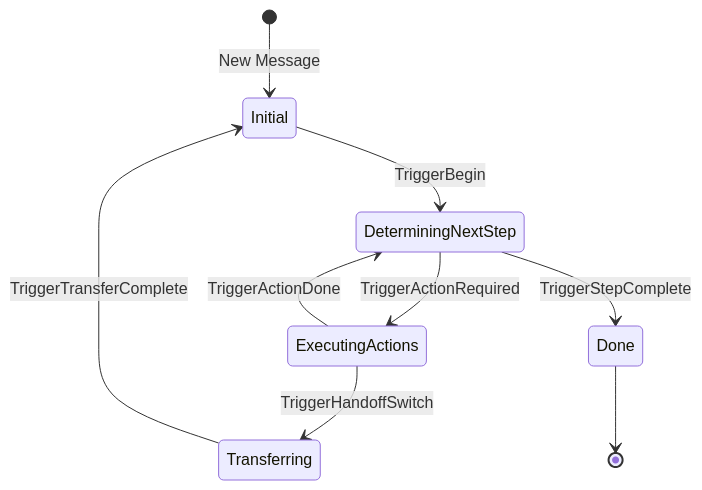
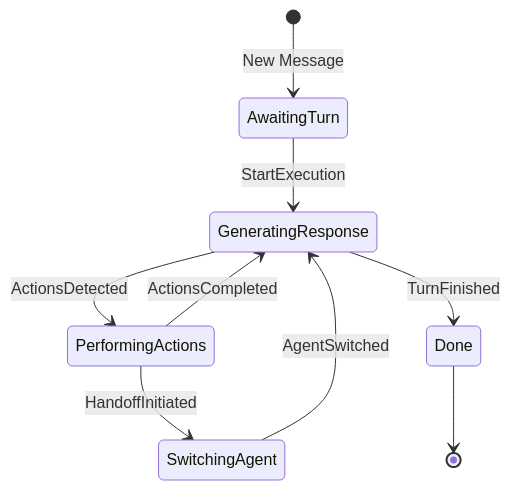
One commit to MKAPersonalOrganization/AgenticWorkflowPlatform changed the first of 2 diagrams in services/agentorchestrator/engine/engine.md. Above: the diagram before and after it, drawn with Mermaid. The commit also changed other lines of this file and 1 other file, not shown here.

Commit message:
feat: Refactor agent handoff with a dedicated `StateSwitchingAgent`, update tool processing for explicit state propagation

````diff
--- a/services/agentorchestrator/engine/engine.md
+++ b/services/agentorchestrator/engine/engine.md
@@ -8,14 +8,15 @@
 ```mermaid
 stateDiagram-v2
-    [*] --> Initial : New Message
-    Initial --> DeterminingNextStep : TriggerBegin
+    [*] --> AwaitingTurn : New Message
+    AwaitingTurn --> GeneratingResponse : StartExecution
     
-    DeterminingNextStep --> ExecutingActions : TriggerActionRequired
-    DeterminingNextStep --> Done : TriggerStepComplete
+    GeneratingResponse --> PerformingActions : ActionsDetected
+    GeneratingResponse --> Done : TurnFinished
     
-    ExecutingActions --> DeterminingNextStep : TriggerActionDone
-    ExecutingActions --> Transferring : TriggerHandoffSwitch
+    PerformingActions --> GeneratingResponse : ActionsCompleted
+    PerformingActions --> SwitchingAgent : HandoffInitiated
     
-    Transferring --> Initial : TriggerTransferComplete
+    SwitchingAgent --> GeneratingResponse : AgentSwitched
+    
     Done --> [*]
 ```
````
